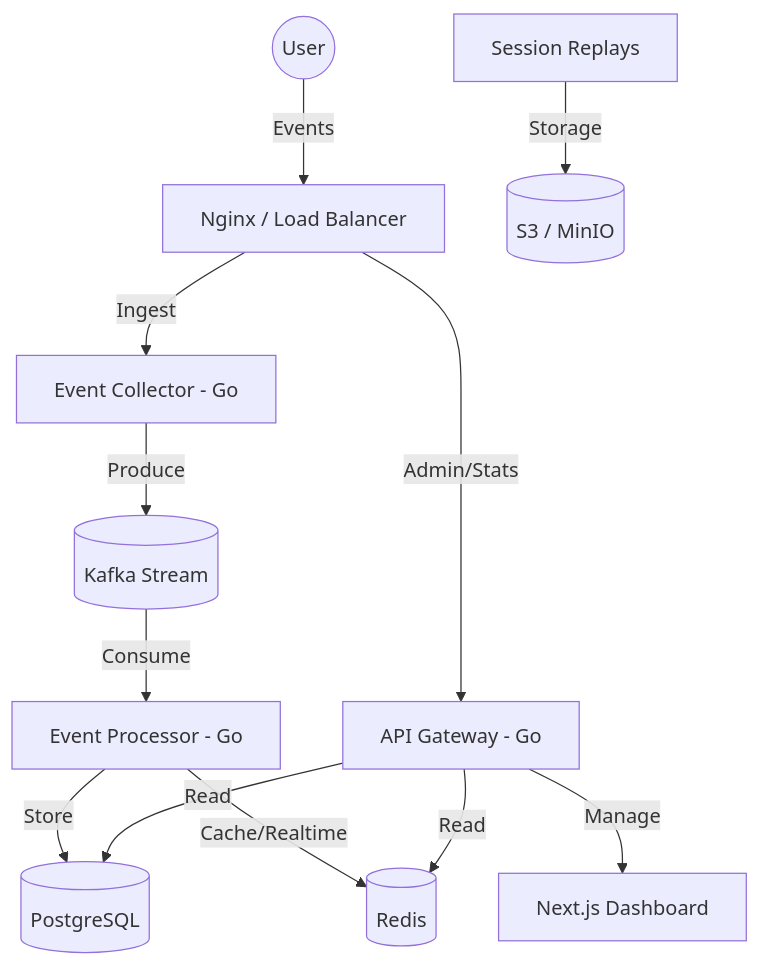
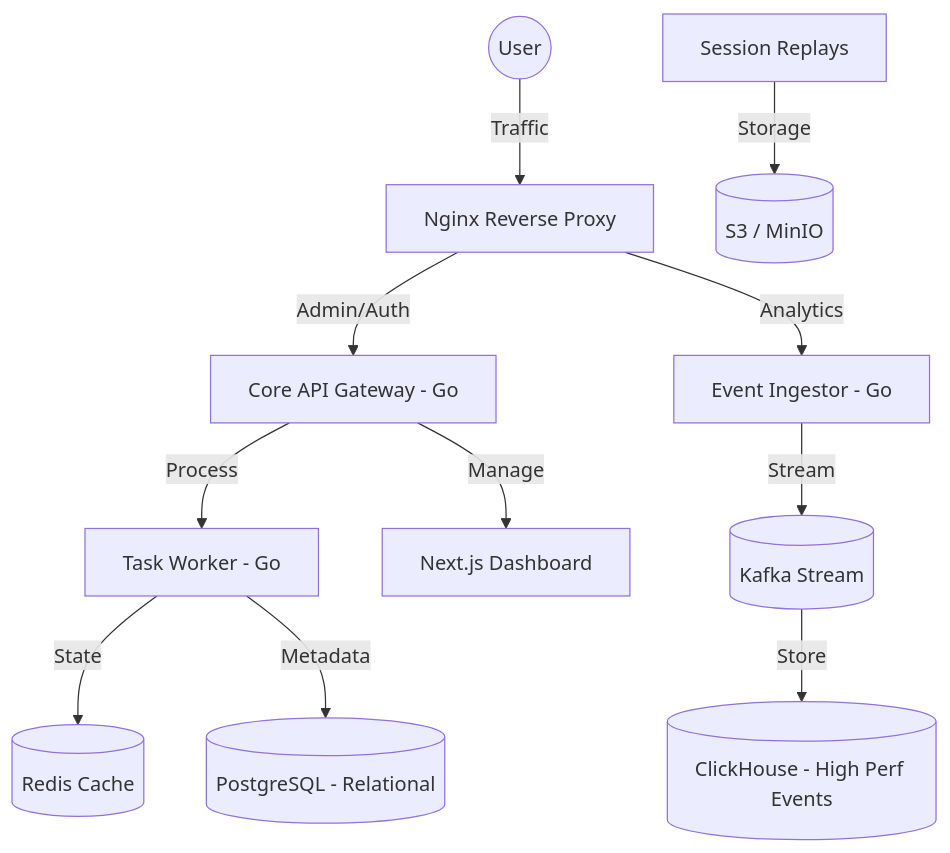
Before and after one commit to Seentics/seentics: the diagram in README.md, drawn with Mermaid. The commit also changed other lines of this file and 103 other files, not shown here.

````diff
--- a/README.md
+++ b/README.md
@@ -48,18 +46,16 @@
 ```mermaid
 graph TD
-    User((User)) -->|Events| LB[Nginx / Load Balancer]
-    LB -->|Admin/Stats| API[API Gateway - Go]
-    LB -->|Ingest| Collector[Event Collector - Go]
+    User((User)) -->|Traffic| Nginx[Nginx Reverse Proxy]
+    Nginx -->|Admin/Auth| API[Core API Gateway - Go]
+    Nginx -->|Analytics| Collector[Event Ingestor - Go]
     
-    Collector -->|Produce| Kafka[(Kafka Stream)]
-    Kafka -->|Consume| Processor[Event Processor - Go]
+    Collector -->|Stream| Kafka[(Kafka Stream)]
+    Kafka -->|Store| ClickHouse[(ClickHouse - High Perf Events)]
     
-    Processor -->|Store| DB[(PostgreSQL)]
-    Processor -->|Cache/Realtime| Redis[(Redis)]
-    
-    API -->|Read| DB
-    API -->|Read| Redis
+    API -->|Process| Worker[Task Worker - Go]
+    Worker -->|State| Redis[(Redis Cache)]
+    Worker -->|Metadata| PSQL[(PostgreSQL - Relational)]
     
     Replays[Session Replays] -->|Storage| S3[(S3 / MinIO)]
-    API -->|Manage| Dashboard[Next.js Dashboard]
+    API -->|Manage| Web[Next.js Dashboard]
 ```
````
